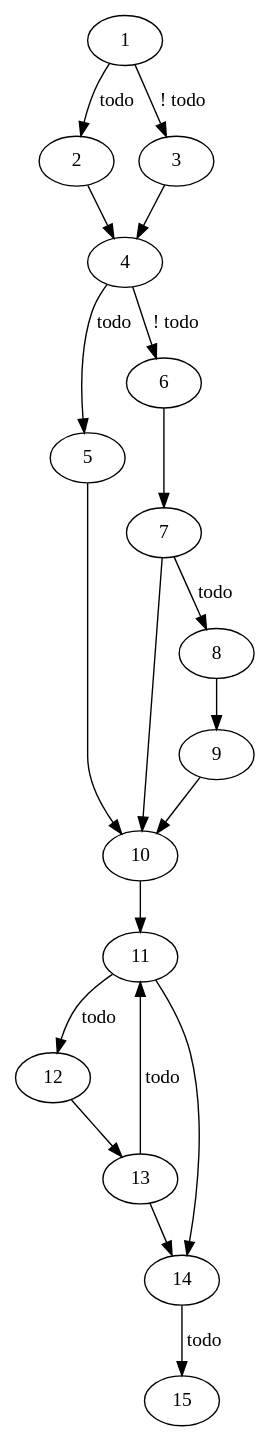
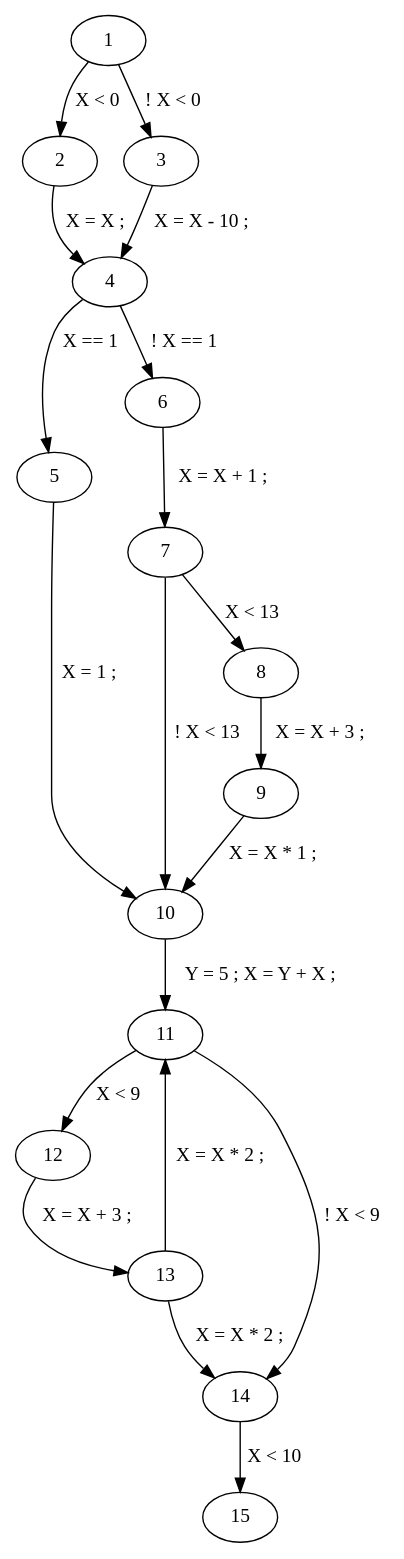
Before and after one commit to pvnieo/ivf-program-verifier: the diagram in cfg.dot, drawn with Graphviz. The commit also changed 9 other files, not shown here.

```diff
--- a/cfg.dot
+++ b/cfg.dot
@@ -1,36 +1,36 @@
 strict digraph  {
 1 [label=1];
 2 [label=2];
 3 [label=3];
 4 [label=4];
 5 [label=5];
 6 [label=6];
 7 [label=7];
 8 [label=8];
 9 [label=9];
 10 [label=10];
 11 [label=11];
 12 [label=12];
 13 [label=13];
 14 [label=14];
 15 [label=15];
-1 -> 2  [label=todo];
-1 -> 3  [label="! todo"];
-2 -> 4;
-3 -> 4;
-4 -> 5  [label=todo];
-4 -> 6  [label="! todo"];
-5 -> 10;
-6 -> 7;
-7 -> 8  [label=todo];
-7 -> 10;
-8 -> 9;
-9 -> 10;
-10 -> 11;
-11 -> 12  [label=todo];
-11 -> 14;
-12 -> 13;
-13 -> 11  [label=todo];
-13 -> 14;
-14 -> 15  [label=todo];
+1 -> 2  [label="X < 0"];
+1 -> 3  [label="! X < 0"];
+2 -> 4  [label="X = X ; "];
+3 -> 4  [label="X = X - 10 ; "];
+4 -> 5  [label="X == 1"];
+4 -> 6  [label="! X == 1"];
+5 -> 10  [label="X = 1 ; "];
+6 -> 7  [label="X = X + 1 ; "];
+7 -> 8  [label="X < 13"];
+7 -> 10  [label="! X < 13"];
+8 -> 9  [label="X = X + 3 ; "];
+9 -> 10  [label="X = X * 1 ; "];
+10 -> 11  [label="Y = 5 ; X = Y + X ; "];
+11 -> 12  [label="X < 9"];
+11 -> 14  [label="! X < 9"];
+12 -> 13  [label="X = X + 3 ; "];
+13 -> 11  [label="X = X * 2 ; "];
+13 -> 14  [label="X = X * 2 ; "];
+14 -> 15  [label="X < 10"];
 }
```
